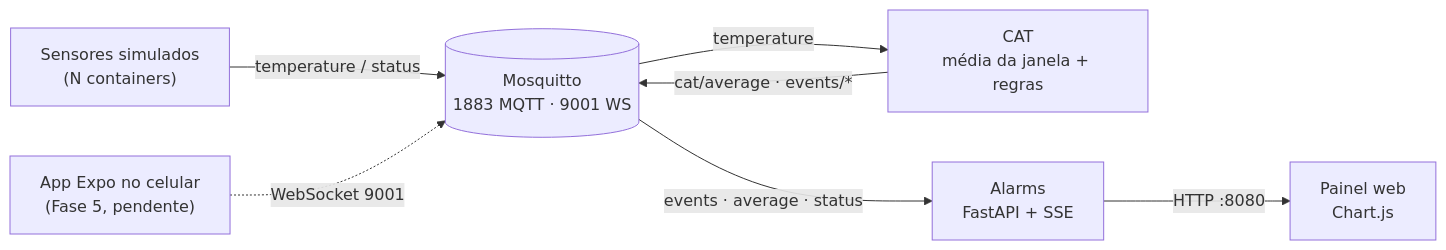
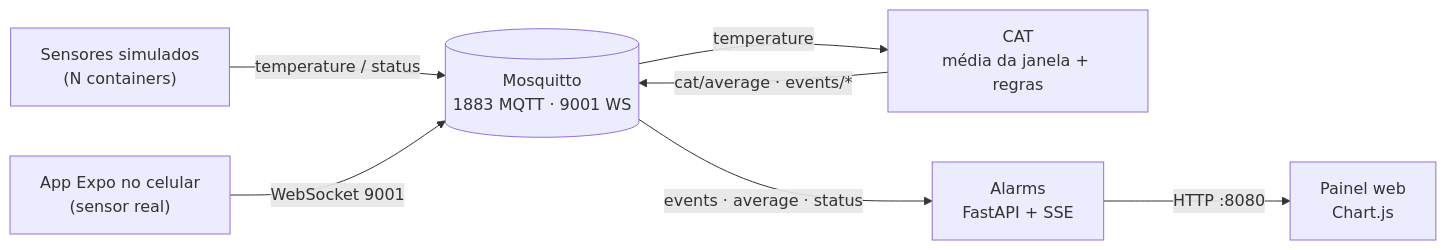
One commit to PedroFAC/distributed-boiler-monitoring changed the diagram in README.md. Above: the diagram before and after it, drawn with Mermaid. The commit also changed other lines of this file and 20 other files, not shown here.

First line of the commit message:
feat(mobile): fase 5 - app Expo como sensor real

````diff
--- a/README.md
+++ b/README.md
@@ -11,9 +11,9 @@
 ```mermaid
 flowchart LR
     S["Sensores simulados<br/>(N containers)"] -->|temperature / status| B[("Mosquitto<br/>1883 MQTT · 9001 WS")]
-    M["App Expo no celular<br/>(Fase 5, pendente)"] -.->|WebSocket 9001| B
+    M["App Expo no celular<br/>(sensor real)"] -->|WebSocket 9001| B
     B -->|temperature| C["CAT<br/>média da janela + regras"]
     C -->|cat/average · events/*| B
     B -->|events · average · status| A["Alarms<br/>FastAPI + SSE"]
     A -->|HTTP :8080| W["Painel web<br/>Chart.js"]
 ```
````
